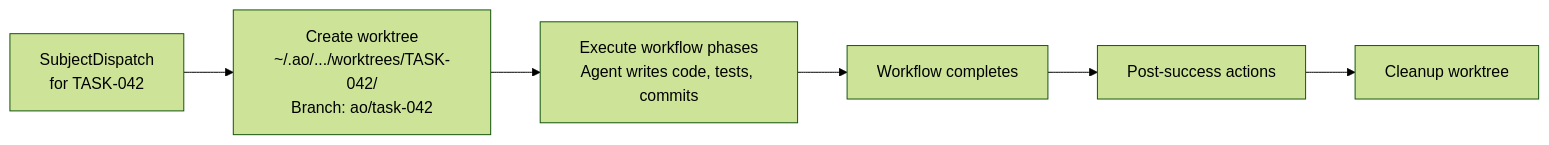
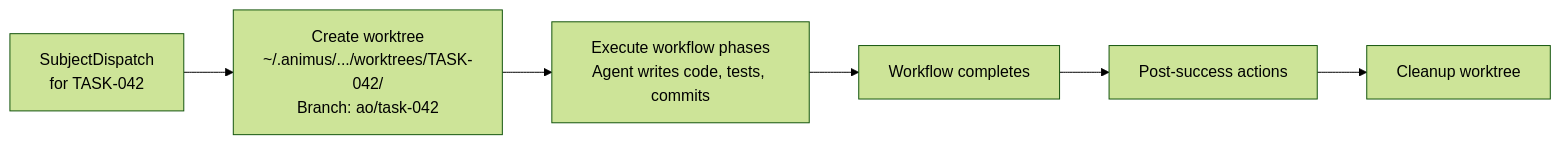
One commit to launchapp-dev/ao-cli changed the diagram in docs/concepts/worktrees.md. Above: the diagram before and after it, drawn with Mermaid (forest theme). The commit also changed other lines of this file and 414 other files, not shown here.

First line of the commit message:
v0.4.0: full rename to animus + plugin protocol crates + skill rearchitect

````diff
--- a/docs/concepts/worktrees.md
+++ b/docs/concepts/worktrees.md
@@ -52,11 +52,11 @@
 ```mermaid
 flowchart LR
     dispatch["SubjectDispatch<br/>for TASK-042"]
-    create["Create worktree<br/>~/.ao/.../worktrees/TASK-042/<br/>Branch: ao/task-042"]
+    create["Create worktree<br/>~/.animus/.../worktrees/TASK-042/<br/>Branch: ao/task-042"]
     execute["Execute workflow phases<br/>Agent writes code, tests, commits"]
     result["Workflow completes"]
     post["Post-success actions"]
     cleanup["Cleanup worktree"]
 
     dispatch --> create --> execute --> result --> post --> cleanup
 ```
````
